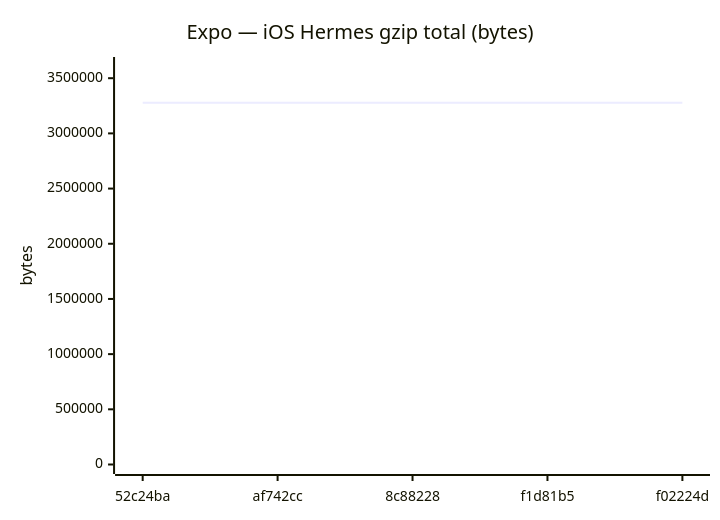
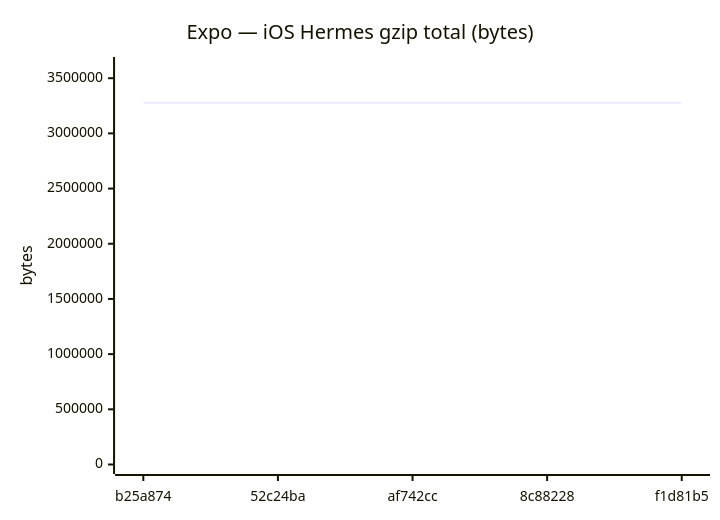
Before and after one commit to Metaheurist/Rianell: diagram 12 of 18 in benchmarks/compare.md, drawn with Mermaid. The commit also changed other lines of this file and 11 other files, not shown here.

````diff
--- a/benchmarks/compare.md
+++ b/benchmarks/compare.md
@@ -179,7 +179,7 @@
 ```mermaid
 xychart-beta
     title "Expo — iOS Hermes gzip total (bytes)"
-    x-axis ["52c24ba", "af742cc", "8c88228", "f1d81b5", "f02224d"]
+    x-axis ["b25a874", "52c24ba", "af742cc", "8c88228", "f1d81b5"]
     y-axis "bytes" 0 --> 3606021
-    line [3278191, 3278197, 3277689, 3278200, 3278200]
+    line [3278199, 3278191, 3278197, 3277689, 3278200]
 ```
````
